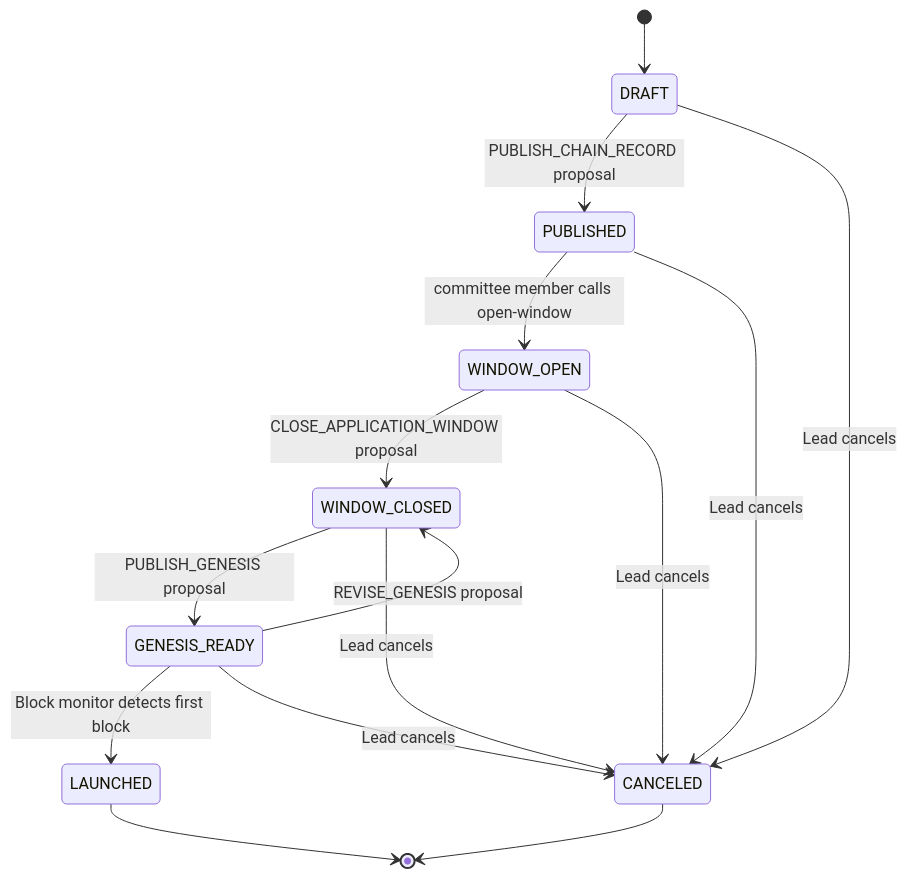
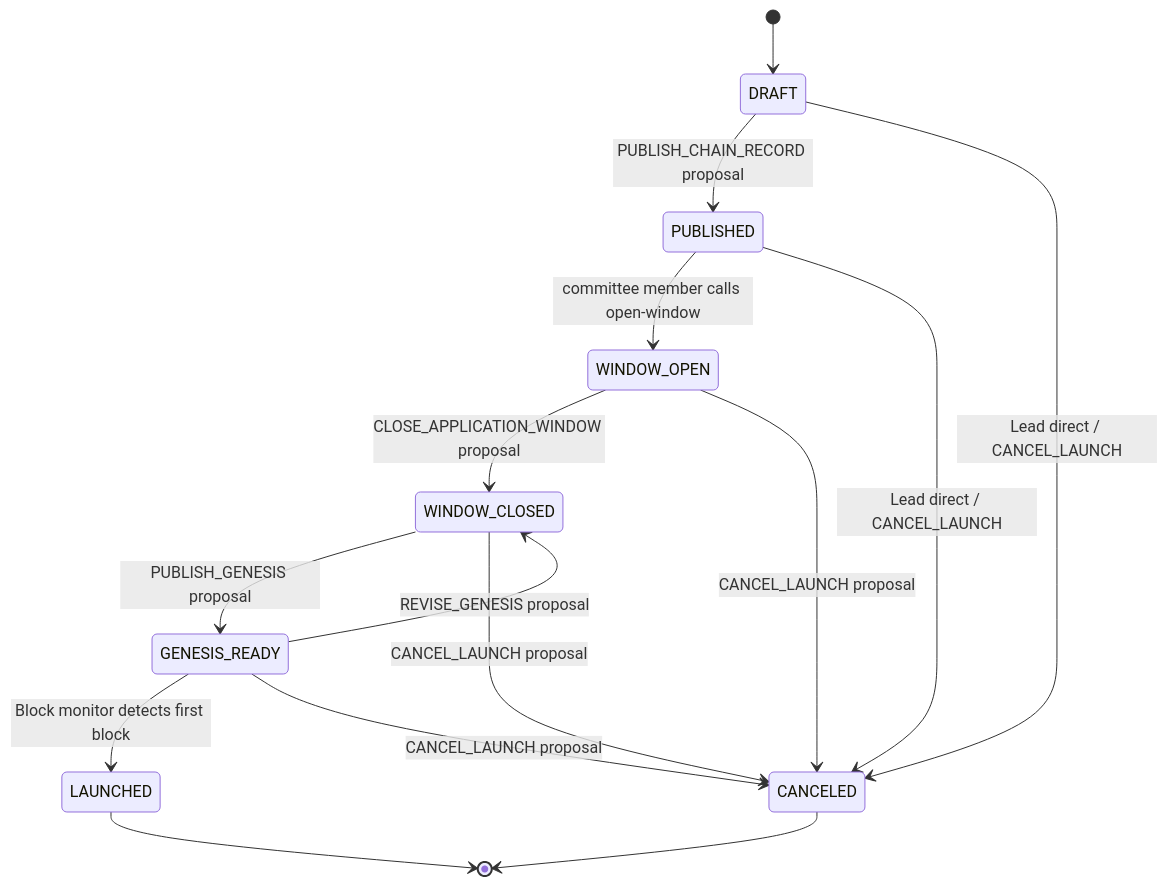
Before and after one commit to ny4rl4th0t3p/seedward-chaincoord: the diagram in docs/mkdocs/concepts/lifecycle.md, drawn with Mermaid. The commit also changed other lines of this file and 15 other files, not shown here.

````diff
--- a/docs/mkdocs/concepts/lifecycle.md
+++ b/docs/mkdocs/concepts/lifecycle.md
@@ -6,18 +6,18 @@
 ```mermaid
 stateDiagram-v2
     direction TB
     [*] --> DRAFT
     DRAFT --> PUBLISHED: PUBLISH_CHAIN_RECORD proposal
     PUBLISHED --> WINDOW_OPEN: committee member calls open-window
     WINDOW_OPEN --> WINDOW_CLOSED: CLOSE_APPLICATION_WINDOW proposal
     WINDOW_CLOSED --> GENESIS_READY: PUBLISH_GENESIS proposal
     GENESIS_READY --> LAUNCHED: Block monitor detects first block
     GENESIS_READY --> WINDOW_CLOSED: REVISE_GENESIS proposal
-    DRAFT --> CANCELED: Lead cancels
-    PUBLISHED --> CANCELED: Lead cancels
-    WINDOW_OPEN --> CANCELED: Lead cancels
-    WINDOW_CLOSED --> CANCELED: Lead cancels
-    GENESIS_READY --> CANCELED: Lead cancels
+    DRAFT --> CANCELED: Lead direct / CANCEL_LAUNCH
+    PUBLISHED --> CANCELED: Lead direct / CANCEL_LAUNCH
+    WINDOW_OPEN --> CANCELED: CANCEL_LAUNCH proposal
+    WINDOW_CLOSED --> CANCELED: CANCEL_LAUNCH proposal
+    GENESIS_READY --> CANCELED: CANCEL_LAUNCH proposal
     LAUNCHED --> [*]
     CANCELED --> [*]
 ```
````
